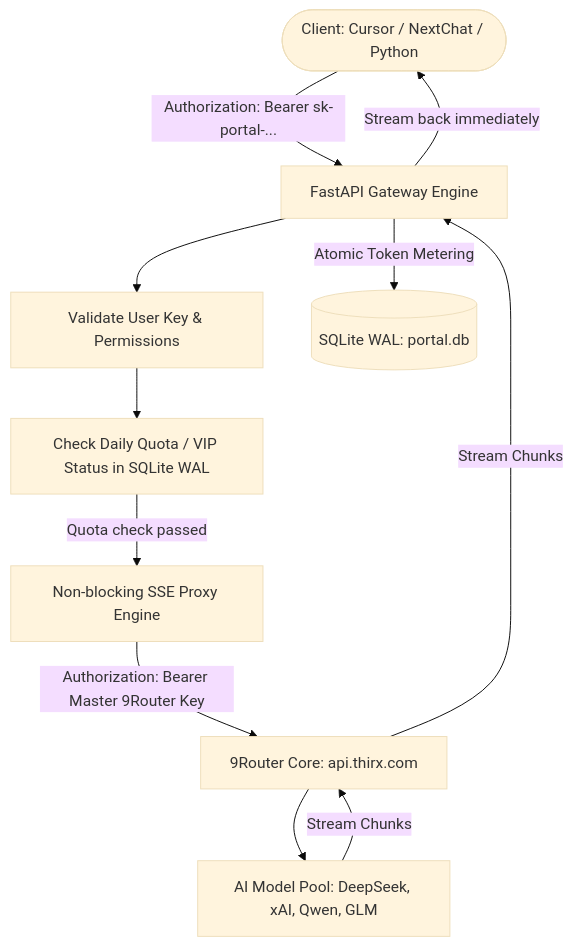
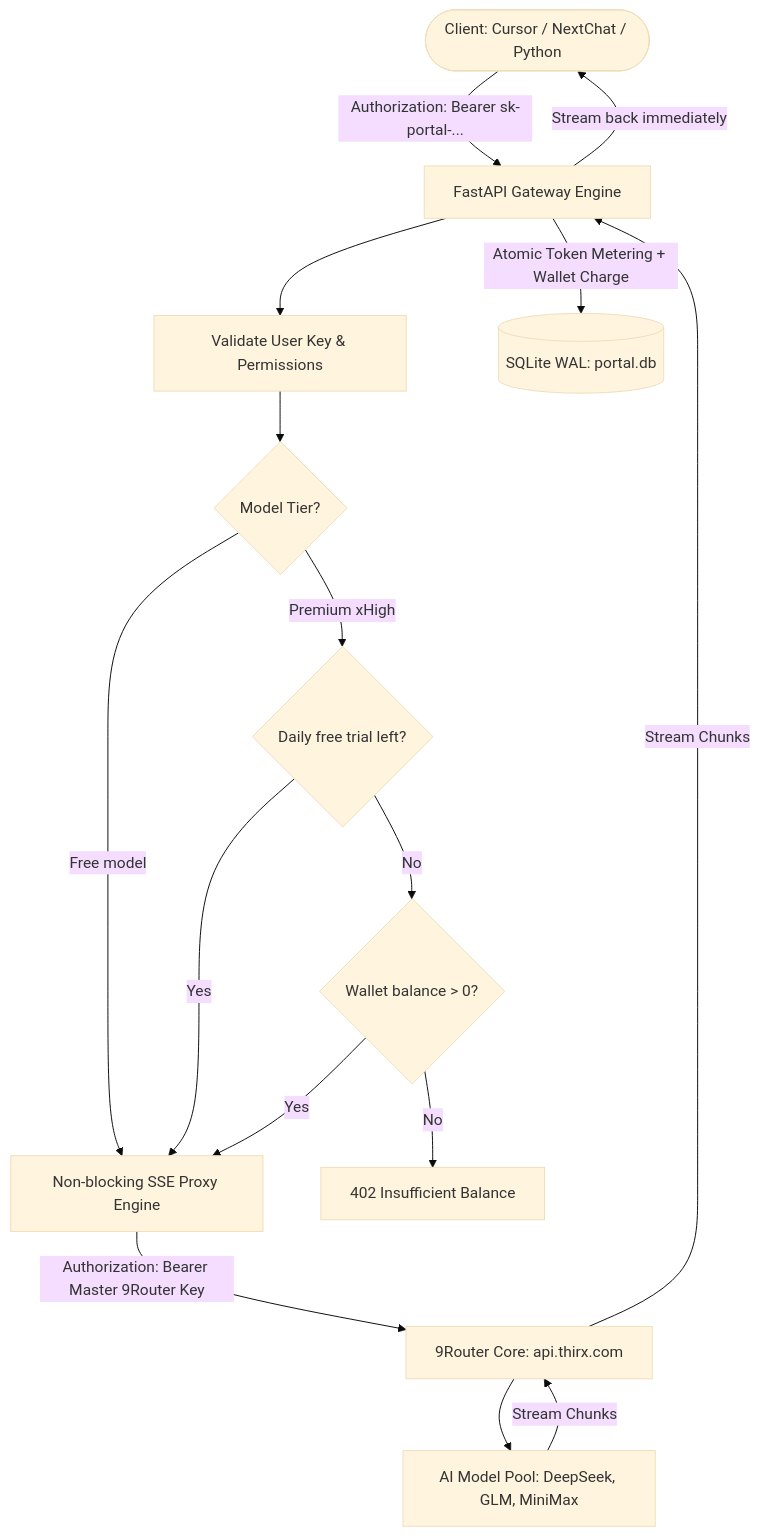
The diagram in README.md (ffxlm/Ai-Gateway), drawn with Mermaid (base theme) before and after one commit. The commit also changed other lines of this file and 12 other files, not shown here.

First line of the commit message:
feat(billing): prepaid USD wallet + per-model premium free trial

````diff
--- a/README.md
+++ b/README.md
@@ -39,17 +41,22 @@
 ```mermaid
 flowchart TD
     Client([Client: Cursor / NextChat / Python]) -->|Authorization: Bearer sk-portal-...| Gateway[FastAPI Gateway Engine]
 
     Gateway --> Auth[Validate User Key & Permissions]
-    Auth --> Quota[Check Daily Quota / VIP Status in SQLite WAL]
+    Auth --> Tier{Model Tier?}
 
-    Quota -->|Quota check passed| Stream[Non-blocking SSE Proxy Engine]
+    Tier -->|Free model| Stream[Non-blocking SSE Proxy Engine]
+    Tier -->|Premium xHigh| Trial{Daily free trial left?}
+    Trial -->|Yes| Stream
+    Trial -->|No| Balance{Wallet balance > 0?}
+    Balance -->|No| Err[402 Insufficient Balance]
+    Balance -->|Yes| Stream
 
     Stream -->|Authorization: Bearer Master 9Router Key| Router9[9Router Core: api.thirx.com]
 
-    Router9 --> ModelPool[AI Model Pool: DeepSeek, xAI, Qwen, GLM]
+    Router9 --> ModelPool[AI Model Pool: DeepSeek, GLM, MiniMax]
     ModelPool -->|Stream Chunks| Router9
     Router9 -->|Stream Chunks| Gateway
-    Gateway -->|Atomic Token Metering| DB[(SQLite WAL: portal.db)]
+    Gateway -->|Atomic Token Metering + Wallet Charge| DB[(SQLite WAL: portal.db)]
     Gateway -->|Stream back immediately| Client
 ```
````
